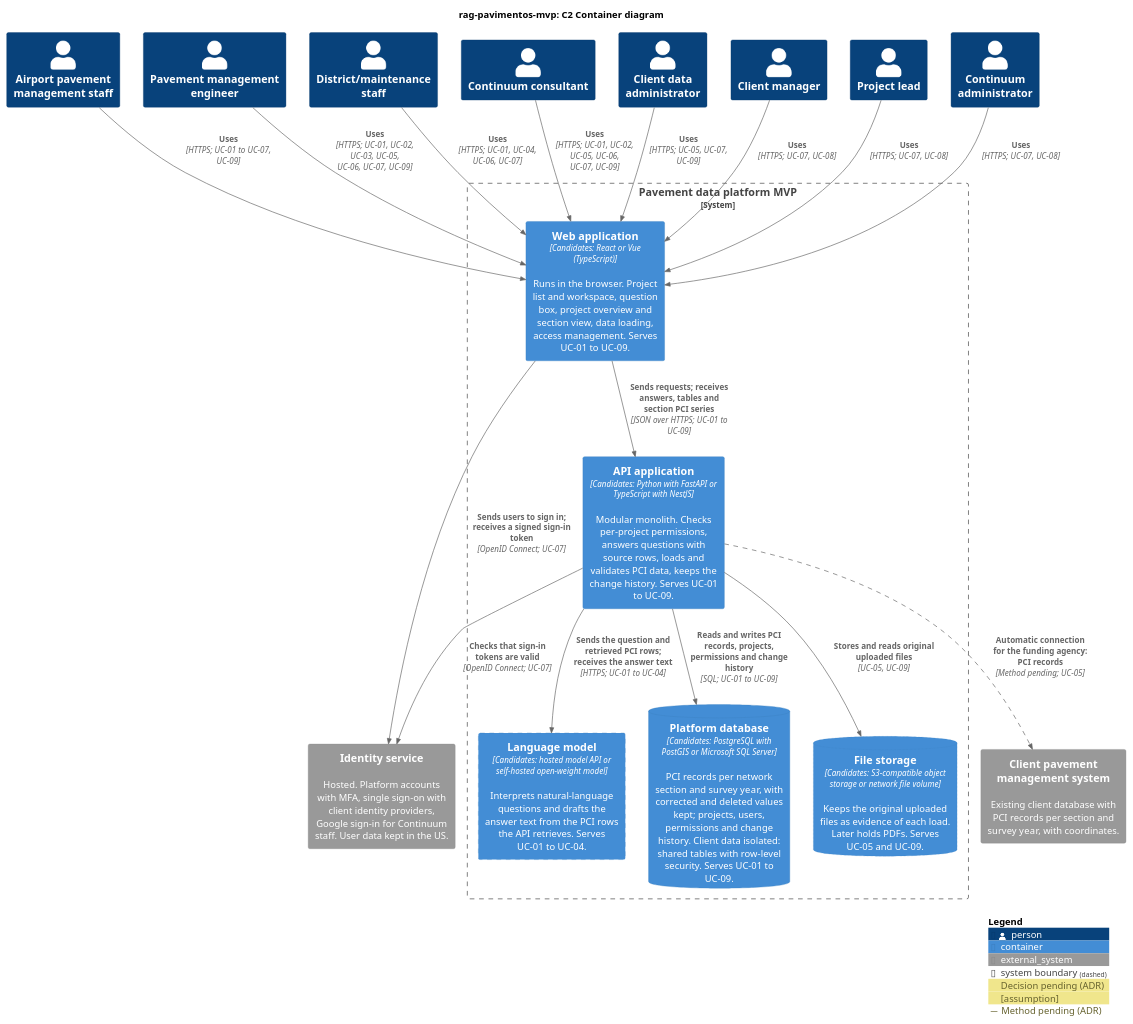
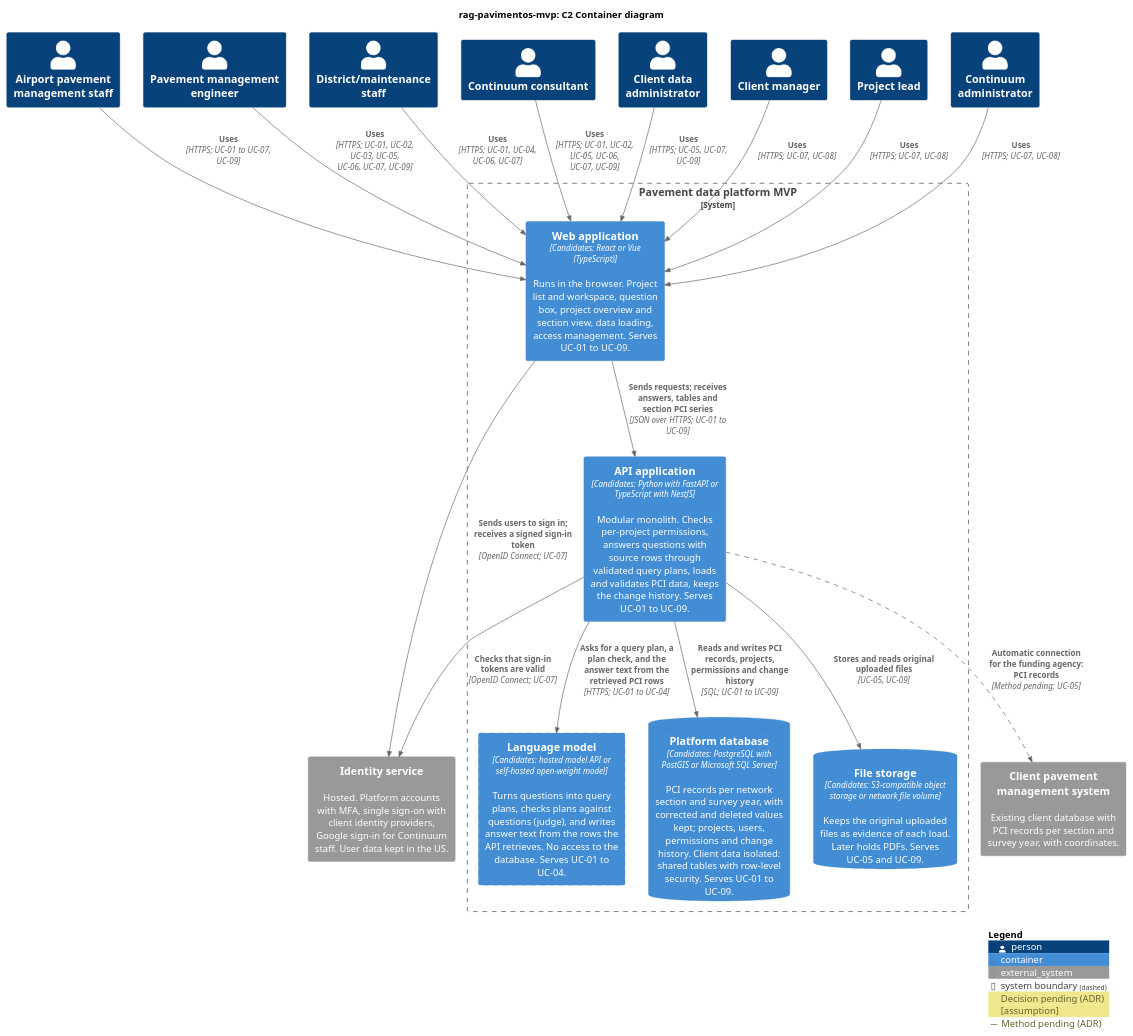
One commit to SAndrade2209/rag-pavimentos-mvp changed the diagram in docs/architecture/c4/c2-containers.puml. Above: the diagram before and after it, drawn with PlantUML. The commit also changed 1 other file, not shown here.

Commit message:
Accept ADR: ground answers through validated query plans
The model turns questions into query plans built from filters and
operations; the API validates them, adds client, project and
permissions, and runs parameterized read-only queries. A judge checks
the plan, the API checks every number against the results, and all
steps are logged. C2 language model and API descriptions updated.

```diff
--- a/docs/architecture/c4/c2-containers.puml
+++ b/docs/architecture/c4/c2-containers.puml
@@ -1,70 +1,72 @@
 @startuml c2-containers
 !include https://raw.githubusercontent.com/plantuml-stdlib/C4-PlantUML/master/C4_Container.puml
 
 title rag-pavimentos-mvp: C2 Container diagram
 
 ' Proposal. Candidate technologies are listed, not chosen. Each choice goes in an ADR,
 ' after docs/architecture/quality-attributes.md is filled.
 ' Modular monolith (CLAUDE.md): one API application holds the modules
 ' (question answering, PCI data, projects and access, change history). Modules belong in C3.
 ' All candidates run on any cloud provider or on premises (portability, CLAUDE.md).
 
 AddElementTag("pending", $borderStyle=DashedLine(), $legendText="Decision pending (ADR)")
 AddElementTag("assumption", $borderStyle=DottedLine(), $legendText="[assumption]")
 AddRelTag("pending", $lineStyle=DashedLine(), $legendText="Method pending (ADR)")
 
 ' People from C1, with the use cases each one performs.
 Person(airport_staff, "Airport pavement management staff")
 Person(pm_engineer, "Pavement management engineer")
 Person(district_staff, "District/maintenance staff")
 Person(consultant, "Continuum consultant")
 Person(data_admin, "Client data administrator")
 Person(client_manager, "Client manager")
 Person(project_lead, "Project lead")
 Person(continuum_admin, "Continuum administrator")
 
 ' External system from C1.
 ' CSV and Excel files are uploaded by people through the web application (UC-05).
 ' For the funding agency only, the API application also has an automatic connection to this system.
 ' Its method, and so the direction of the arrow, is pending (ADR 2026-11-23-load-pci-data-by-upload-and-connection).
 ' Sign-in (ADR 2026-11-23-delegate-sign-in-to-an-identity-service). The client identity providers and
 ' Continuum's Google Workspace connect to the identity service, not to the containers; they are shown in C1.
 System_Ext(idp, "Identity service", "Hosted. Platform accounts with MFA, single sign-on with client identity providers, Google sign-in for Continuum staff. User data kept in the US.")
 System_Ext(pms, "Client pavement management system", "Existing client database with PCI records per section and survey year, with coordinates.")
 
 System_Boundary(platform, "Pavement data platform MVP") {
   Container(web, "Web application", "Candidates: React or Vue (TypeScript)", "Runs in the browser. Project list and workspace, question box, project overview and section view, data loading, access management. Serves UC-01 to UC-09.")
 
-  Container(api, "API application", "Candidates: Python with FastAPI or TypeScript with NestJS", "Modular monolith. Checks per-project permissions, answers questions with source rows, loads and validates PCI data, keeps the change history. Serves UC-01 to UC-09.")
+  Container(api, "API application", "Candidates: Python with FastAPI or TypeScript with NestJS", "Modular monolith. Checks per-project permissions, answers questions with source rows through validated query plans, loads and validates PCI data, keeps the change history. Serves UC-01 to UC-09.")
 
   ' Hosted or self-hosted is the decision. With a hosted model API, client PCI rows leave
   ' the platform and the model becomes an external system in C1.
-  Container(llm, "Language model", "Candidates: hosted model API or self-hosted open-weight model", "Interprets natural-language questions and drafts the answer text from the PCI rows the API retrieves. Serves UC-01 to UC-04.", $tags="pending")
+  ' Grounding (ADR 2026-11-23-ground-answers-with-validated-query-plans): the model has no access to
+  ' the database. It returns query plans, which the API validates and runs, and it sees only the result rows.
+  Container(llm, "Language model", "Candidates: hosted model API or self-hosted open-weight model", "Turns questions into query plans, checks plans against questions (judge), and writes answer text from the rows the API retrieves. No access to the database. Serves UC-01 to UC-04.", $tags="pending")
 
   ' Client data isolation: see ADR 2026-11-23-isolate-client-data-with-row-level-security.
   ContainerDb(db, "Platform database", "Candidates: PostgreSQL with PostGIS or Microsoft SQL Server", "PCI records per network section and survey year, with corrected and deleted values kept; projects, users, permissions and change history. Client data isolated: shared tables with row-level security. Serves UC-01 to UC-09.")
 
   ' Not required by phase 1 questions. Justified by the evidence requirement and by PDFs later.
   ' If original files are not kept, this container is removed.
   ContainerDb(files, "File storage", "Candidates: S3-compatible object storage or network file volume", "Keeps the original uploaded files as evidence of each load. Later holds PDFs. Serves UC-05 and UC-09.", $tags="assumption")
 }
 
 Rel(airport_staff, web, "Uses", "HTTPS; UC-01 to UC-07, UC-09")
 Rel(pm_engineer, web, "Uses", "HTTPS; UC-01, UC-02, UC-03, UC-05, UC-06, UC-07, UC-09")
 Rel(district_staff, web, "Uses", "HTTPS; UC-01, UC-04, UC-06, UC-07")
 Rel(consultant, web, "Uses", "HTTPS; UC-01, UC-02, UC-05, UC-06, UC-07, UC-09")
 Rel(data_admin, web, "Uses", "HTTPS; UC-05, UC-07, UC-09")
 Rel(client_manager, web, "Uses", "HTTPS; UC-07, UC-08")
 Rel(project_lead, web, "Uses", "HTTPS; UC-07, UC-08")
 Rel(continuum_admin, web, "Uses", "HTTPS; UC-07, UC-08")
 
 Rel(web, api, "Sends requests; receives answers, tables and section PCI series", "JSON over HTTPS; UC-01 to UC-09")
-Rel(api, llm, "Sends the question and retrieved PCI rows; receives the answer text", "HTTPS; UC-01 to UC-04")
+Rel(api, llm, "Asks for a query plan, a plan check, and the answer text from the retrieved PCI rows", "HTTPS; UC-01 to UC-04")
 Rel(api, db, "Reads and writes PCI records, projects, permissions and change history", "SQL; UC-01 to UC-09")
 Rel(api, files, "Stores and reads original uploaded files", "UC-05, UC-09")
 Rel(api, pms, "Automatic connection for the funding agency: PCI records", "Method pending; UC-05", $tags="pending")
 Rel(web, idp, "Sends users to sign in; receives a signed sign-in token", "OpenID Connect; UC-07")
 Rel(api, idp, "Checks that sign-in tokens are valid", "OpenID Connect; UC-07")
 
 SHOW_LEGEND()
 @enduml
```
